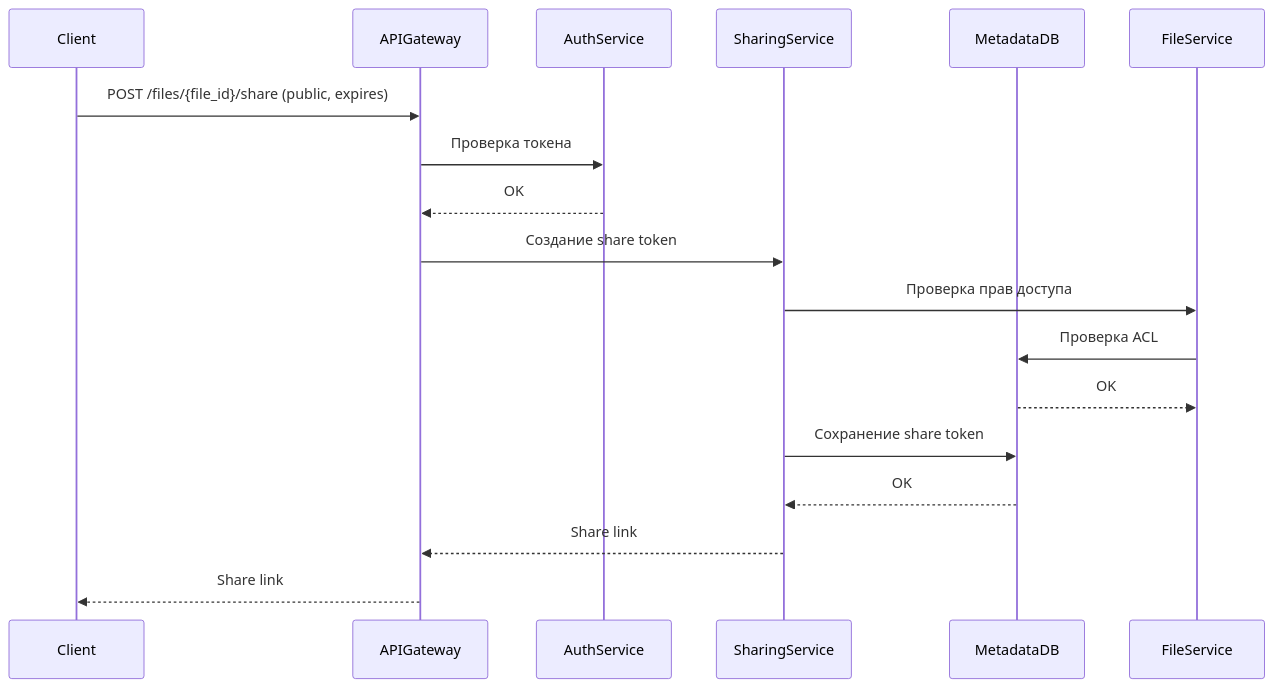
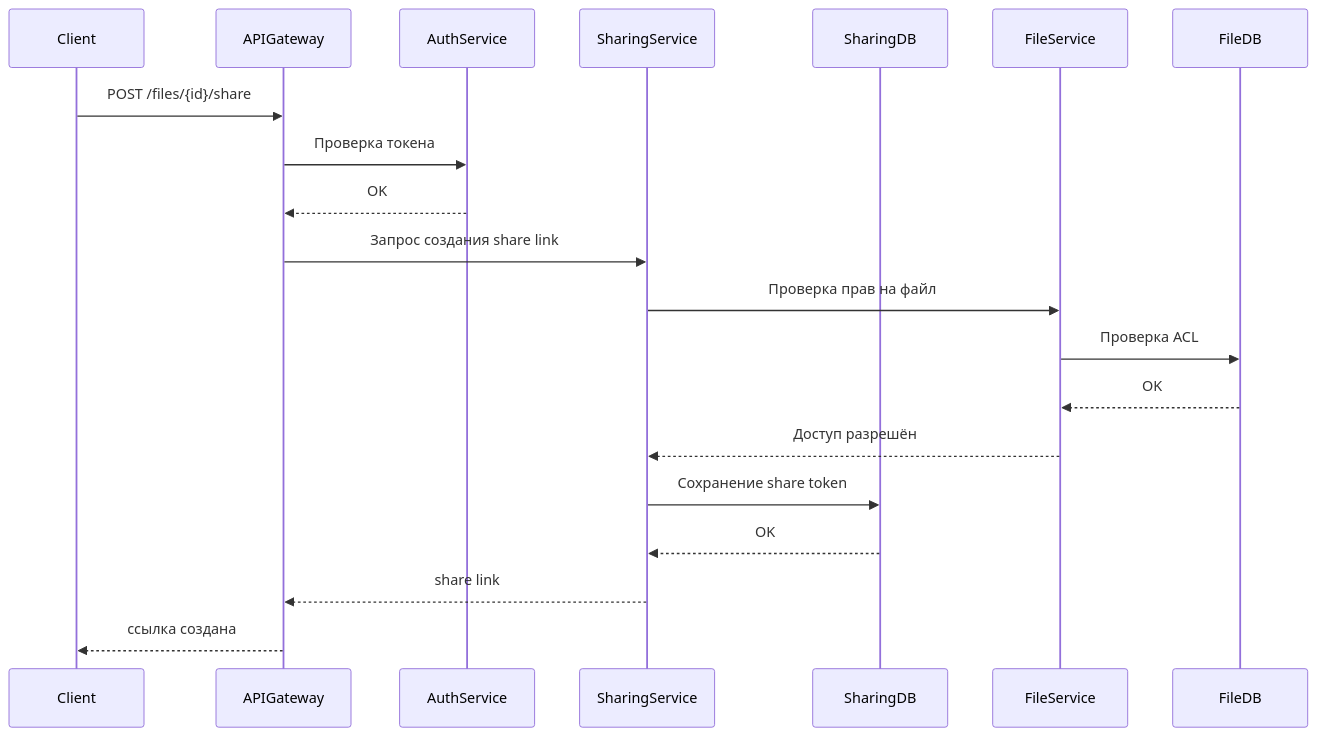
One commit to spbu-ds-practicum-2025/vanya-and-co changed the fifth of 7 diagrams in docs/tr.md. Above: the diagram before and after it, drawn with Mermaid. The commit also changed other lines of this file, not shown here.

````diff
--- a/docs/tr.md
+++ b/docs/tr.md
@@ -237,21 +246,23 @@
 ```mermaid
 sequenceDiagram
   participant Client
   participant APIGateway
   participant AuthService
   participant SharingService
-  participant MetadataDB
+  participant SharingDB
   participant FileService
+  participant FileDB
 
-  Client->>APIGateway: POST /files/{file_id}/share (public, expires)
+  Client->>APIGateway: POST /files/{id}/share
   APIGateway->>AuthService: Проверка токена
   AuthService-->>APIGateway: OK
-  APIGateway->>SharingService: Создание share token
-  SharingService->>FileService: Проверка прав доступа
-  FileService->>MetadataDB: Проверка ACL
-  MetadataDB-->>FileService: OK
-  SharingService->>MetadataDB: Сохранение share token
-  MetadataDB-->>SharingService: OK
-  SharingService-->>APIGateway: Share link
-  APIGateway-->>Client: Share link
+  APIGateway->>SharingService: Запрос создания share link
+  SharingService->>FileService: Проверка прав на файл
+  FileService->>FileDB: Проверка ACL
+  FileDB-->>FileService: OK
+  FileService-->>SharingService: Доступ разрешён
+  SharingService->>SharingDB: Сохранение share token
+  SharingDB-->>SharingService: OK
+  SharingService-->>APIGateway: share link
+  APIGateway-->>Client: ссылка создана
   ```
````
